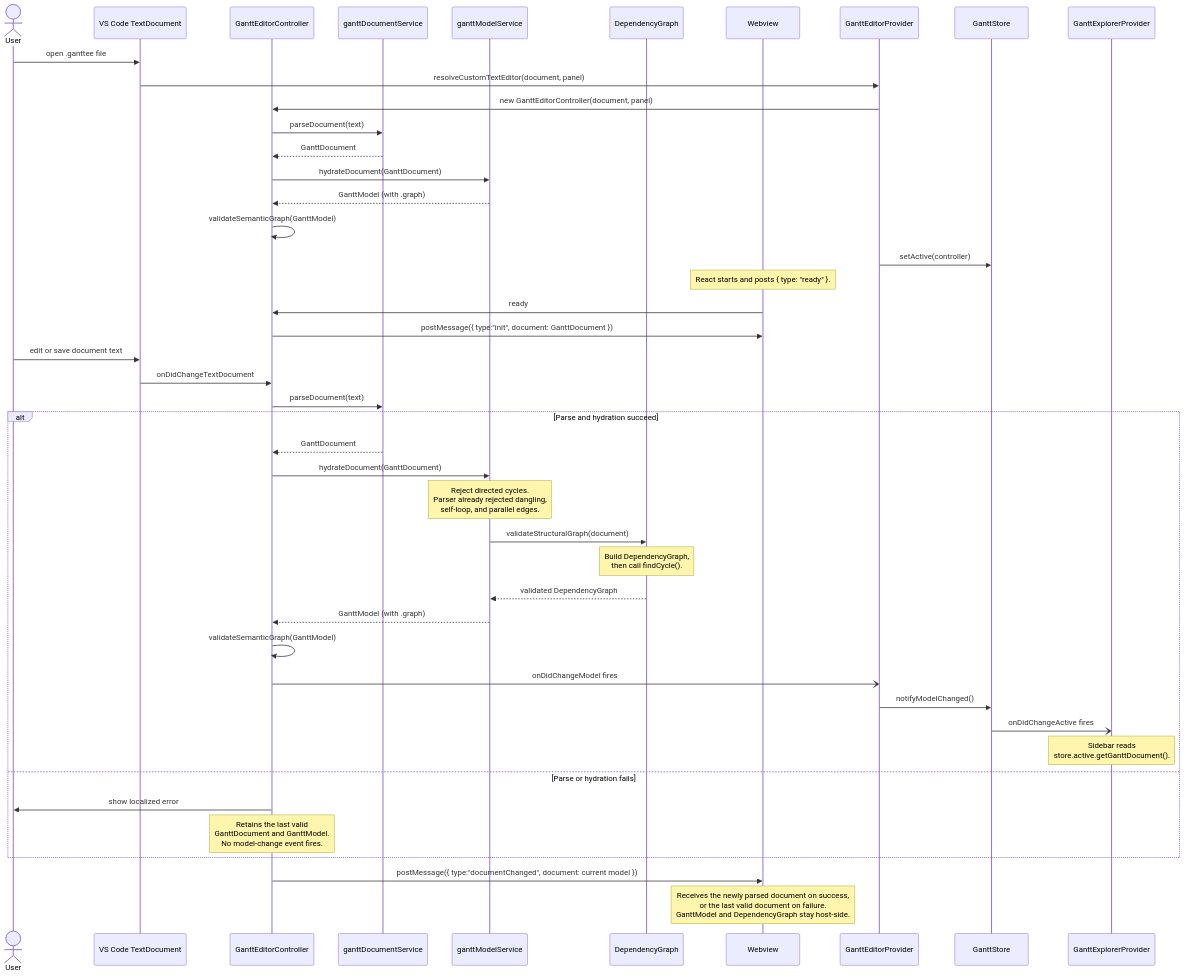
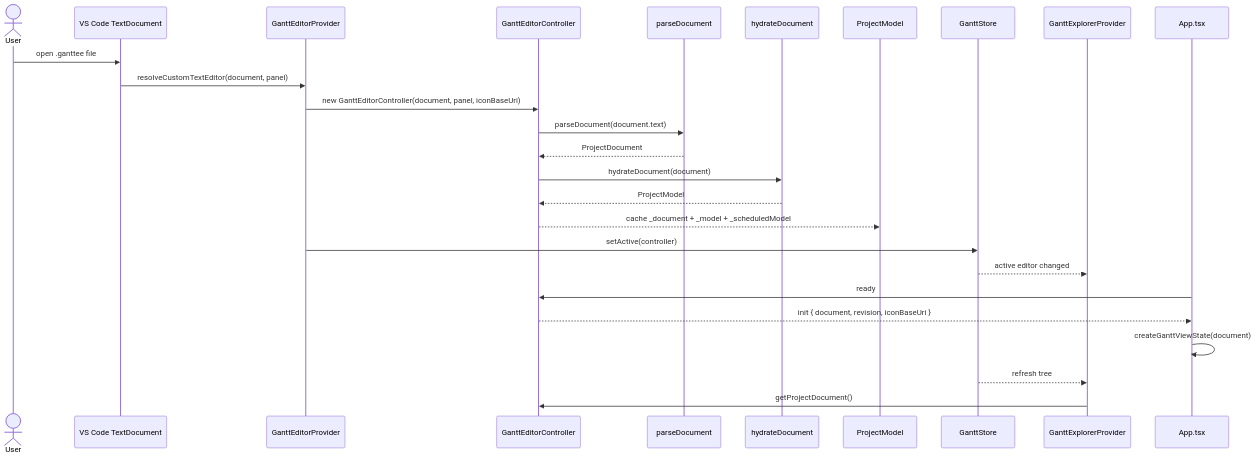
One commit to sergehas/ganttee changed the second of 6 diagrams in docs/documentation/gantt-model-hydration.md. Above: the diagram before and after it, drawn with Mermaid. The commit also changed other lines of this file, not shown here.

Commit message:
docs(docs): update architecture doc for raw doc to views flows

````diff
--- a/docs/documentation/gantt-model-hydration.md
+++ b/docs/documentation/gantt-model-hydration.md
@@ -86,52 +92,30 @@
 ```mermaid
 sequenceDiagram
     actor User
     participant VSC as VS Code TextDocument
+    participant Provider as GanttEditorProvider
     participant Ctrl as GanttEditorController
-    participant Parse as ganttDocumentService
-    participant Hydrate as ganttModelService
-    participant DG as DependencyGraph
-    participant WV as Webview
-    participant Prov as GanttEditorProvider
+    participant Parse as parseDocument
+    participant Hydrate as hydrateDocument
+    participant Model as ProjectModel
     participant Store as GanttStore
     participant Tree as GanttExplorerProvider
+    participant App as App.tsx
 
     User->>VSC: open .ganttee file
-    VSC->>Prov: resolveCustomTextEditor(document, panel)
-    Prov->>Ctrl: new GanttEditorController(document, panel)
-    Ctrl->>Parse: parseDocument(text)
-    Parse-->>Ctrl: GanttDocument
-    Ctrl->>Hydrate: hydrateDocument(GanttDocument)
-    Hydrate-->>Ctrl: GanttModel (with .graph)
-    Ctrl->>Ctrl: validateSemanticGraph(GanttModel)
-    Prov->>Store: setActive(controller)
+    VSC->>Provider: resolveCustomTextEditor(document, panel)
+    Provider->>Ctrl: new GanttEditorController(document, panel, iconBaseUri)
+    Ctrl->>Parse: parseDocument(document.text)
+    Parse-->>Ctrl: ProjectDocument
+    Ctrl->>Hydrate: hydrateDocument(document)
+    Hydrate-->>Ctrl: ProjectModel
+    Ctrl-->>Model: cache _document + _model + _scheduledModel
+    Provider->>Store: setActive(controller)
+    Store-->>Tree: active editor changed
 
-    Note over WV: React starts and posts { type: "ready" }.
-    WV->>Ctrl: ready
-    Ctrl->>WV: postMessage({ type:"init", document: GanttDocument })
-
-    User->>VSC: edit or save document text
-    VSC->>Ctrl: onDidChangeTextDocument
-
-    Ctrl->>Parse: parseDocument(text)
-    alt Parse and hydration succeed
-      Parse-->>Ctrl: GanttDocument
-      Ctrl->>Hydrate: hydrateDocument(GanttDocument)
-      Note over Hydrate: Reject directed cycles.<br/>Parser already rejected dangling,<br/>self-loop, and parallel edges.
-      Hydrate->>DG: validateStructuralGraph(document)
-      Note over DG: Build DependencyGraph,<br/>then call findCycle().
-      DG-->>Hydrate: validated DependencyGraph
-      Hydrate-->>Ctrl: GanttModel (with .graph)
-      Ctrl->>Ctrl: validateSemanticGraph(GanttModel)
-      Ctrl-)Prov: onDidChangeModel fires
-      Prov->>Store: notifyModelChanged()
-      Store-)Tree: onDidChangeActive fires
-      Note over Tree: Sidebar reads<br/>store.active.getGanttDocument().
-    else Parse or hydration fails
-      Ctrl->>User: show localized error
-      Note over Ctrl: Retains the last valid<br/>GanttDocument and GanttModel.<br/>No model-change event fires.
-    end
-
-    Ctrl->>WV: postMessage({ type:"documentChanged", document: current model })
-    Note over WV: Receives the newly parsed document on success,<br/>or the last valid document on failure.<br/>GanttModel and DependencyGraph stay host-side.
+    App->>Ctrl: ready
+    Ctrl-->>App: init { document, revision, iconBaseUri }
+    App->>App: createGanttViewState(document)
+    Store-->>Tree: refresh tree
+    Tree->>Ctrl: getProjectDocument()
 ```
````
